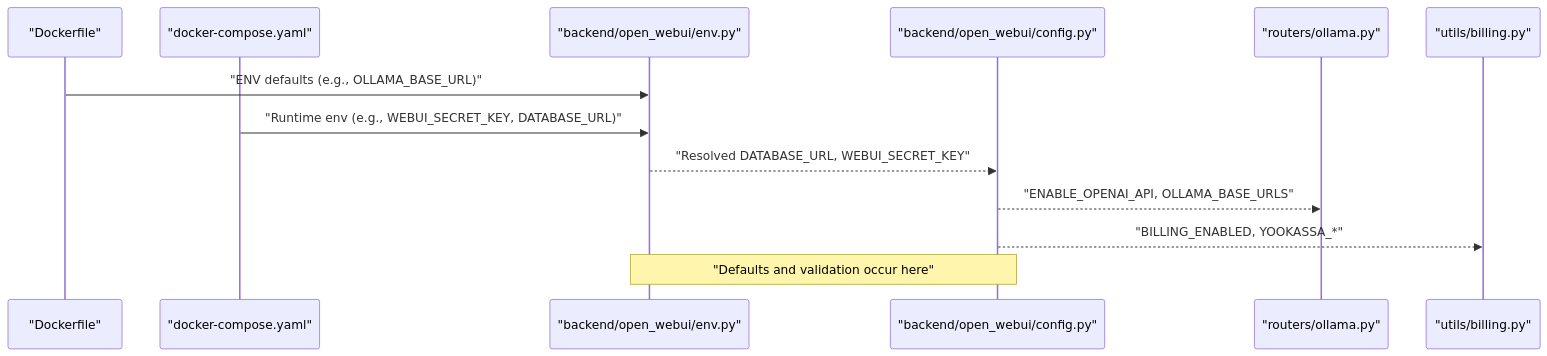
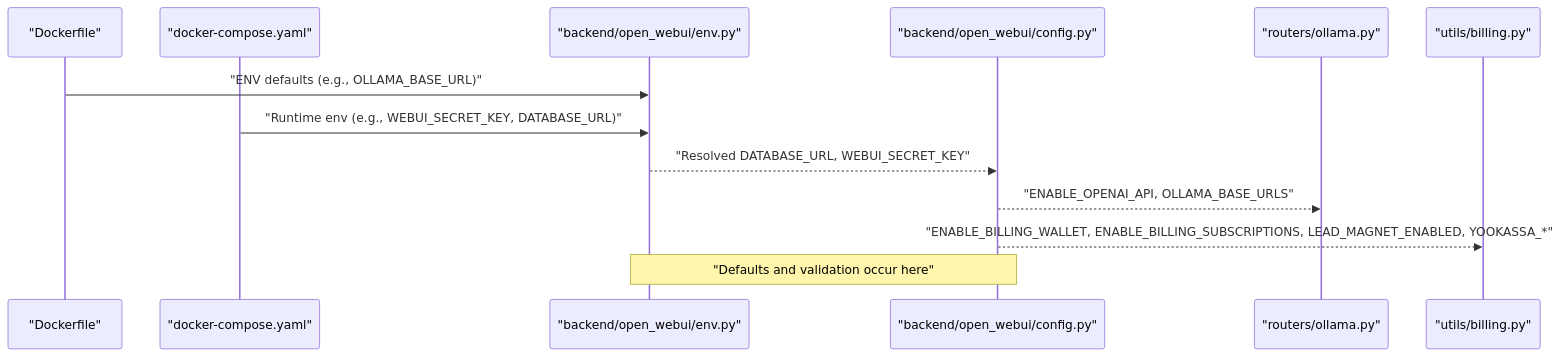
The second of 3 diagrams in .qoder/repowiki/en/content/Installation and Deployment/Docker Installation/Environment Variables.md (yshishenya/open-webui), drawn with Mermaid before and after one commit. The commit also changed other lines of this file and 345 other files, not shown here.

````diff
--- a/.qoder/repowiki/en/content/Installation and Deployment/Docker Installation/Environment Variables.md
+++ b/.qoder/repowiki/en/content/Installation and Deployment/Docker Installation/Environment Variables.md
@@ -124,15 +139,15 @@
 ```mermaid
 sequenceDiagram
 participant Build as "Dockerfile"
 participant Compose as "docker-compose.yaml"
 participant Env as "backend/open_webui/env.py"
 participant Cfg as "backend/open_webui/config.py"
 participant Oll as "routers/ollama.py"
 participant Bill as "utils/billing.py"
 Build->>Env : "ENV defaults (e.g., OLLAMA_BASE_URL)"
 Compose->>Env : "Runtime env (e.g., WEBUI_SECRET_KEY, DATABASE_URL)"
 Env-->>Cfg : "Resolved DATABASE_URL, WEBUI_SECRET_KEY"
 Cfg-->>Oll : "ENABLE_OPENAI_API, OLLAMA_BASE_URLS"
-Cfg-->>Bill : "BILLING_ENABLED, YOOKASSA_*"
+Cfg-->>Bill : "ENABLE_BILLING_WALLET, ENABLE_BILLING_SUBSCRIPTIONS, LEAD_MAGNET_ENABLED, YOOKASSA_*"
 Note over Env,Cfg : "Defaults and validation occur here"
 ```
````
